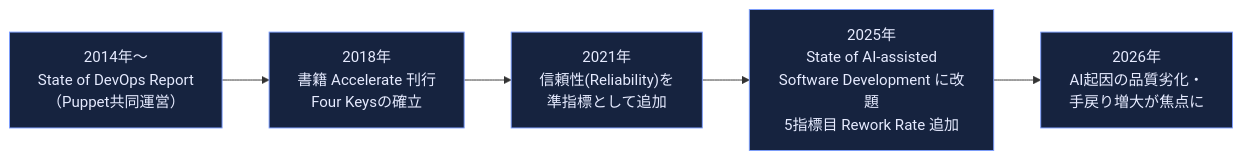
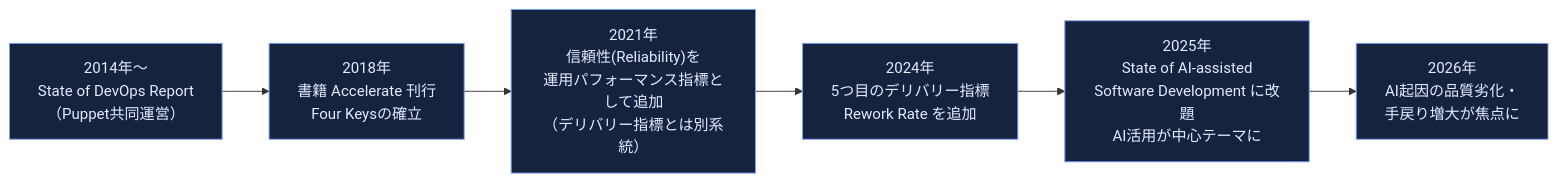
Before and after one commit to myoshi2891/Cloud-Infrastructure-Studies: diagram 17 of 18 in Accelerate-lean-devops-guide.md, drawn with Mermaid. The commit also changed other lines of this file and 3 other files, not shown here.

````diff
--- a/Accelerate-lean-devops-guide.md
+++ b/Accelerate-lean-devops-guide.md
@@ -552,10 +554,11 @@
 ```mermaid
 flowchart LR
     Y2014["2014年〜<br/>State of DevOps Report<br/>（Puppet共同運営）"] --> Y2018["2018年<br/>書籍 Accelerate 刊行<br/>Four Keysの確立"]
-    Y2018 --> Y2021["2021年<br/>信頼性(Reliability)を<br/>準指標として追加"]
-    Y2021 --> Y2025["2025年<br/>State of AI-assisted<br/>Software Development に改題<br/>5指標目 Rework Rate 追加"]
+    Y2018 --> Y2021["2021年<br/>信頼性(Reliability)を<br/>運用パフォーマンス指標として追加<br/>（デリバリー指標とは別系統）"]
+    Y2021 --> Y2024["2024年<br/>5つ目のデリバリー指標<br/>Rework Rate を追加"]
+    Y2024 --> Y2025["2025年<br/>State of AI-assisted<br/>Software Development に改題<br/>AI活用が中心テーマに"]
     Y2025 --> Y2026["2026年<br/>AI起因の品質劣化・<br/>手戻り増大が焦点に"]
 
     classDef step fill:#16233f,stroke:#7c9eff,color:#e6ebff
-    class Y2014,Y2018,Y2021,Y2025,Y2026 step
+    class Y2014,Y2018,Y2021,Y2024,Y2025,Y2026 step
 ```
````
